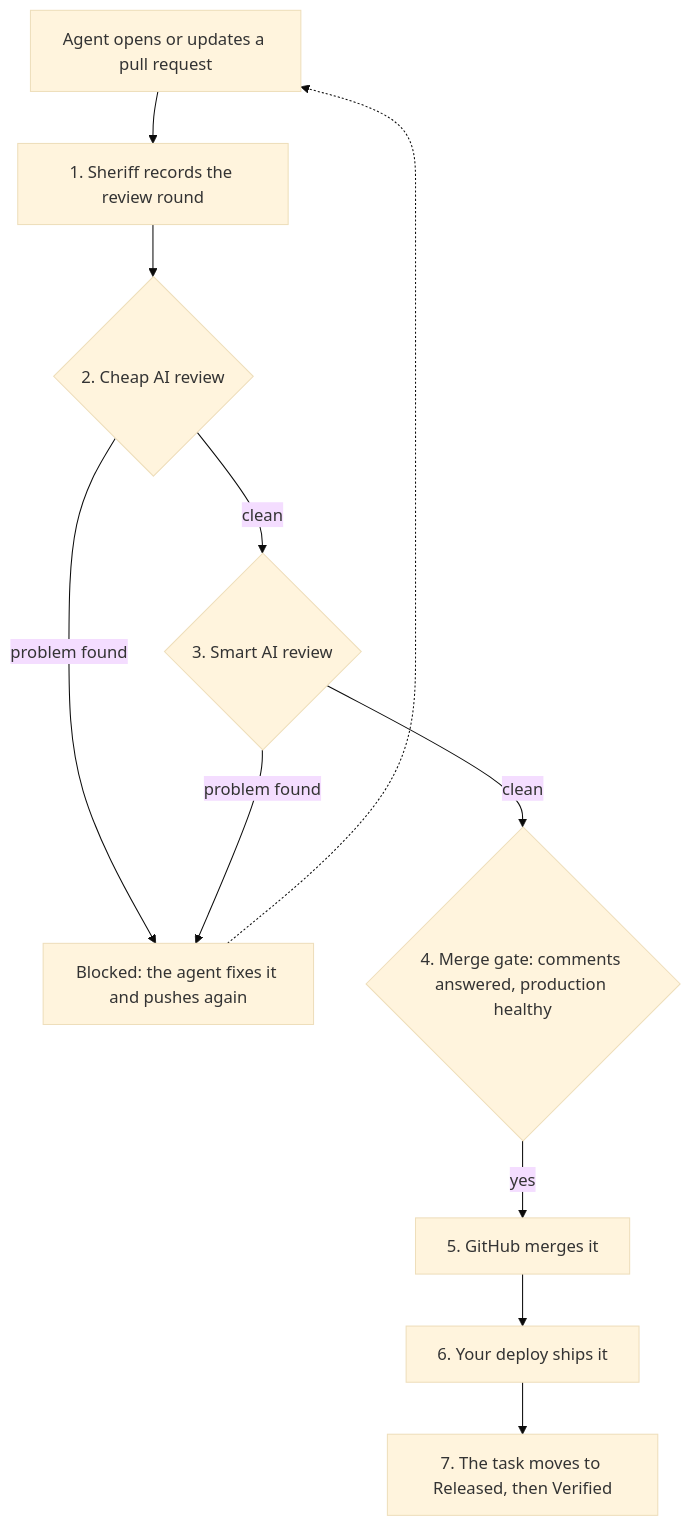
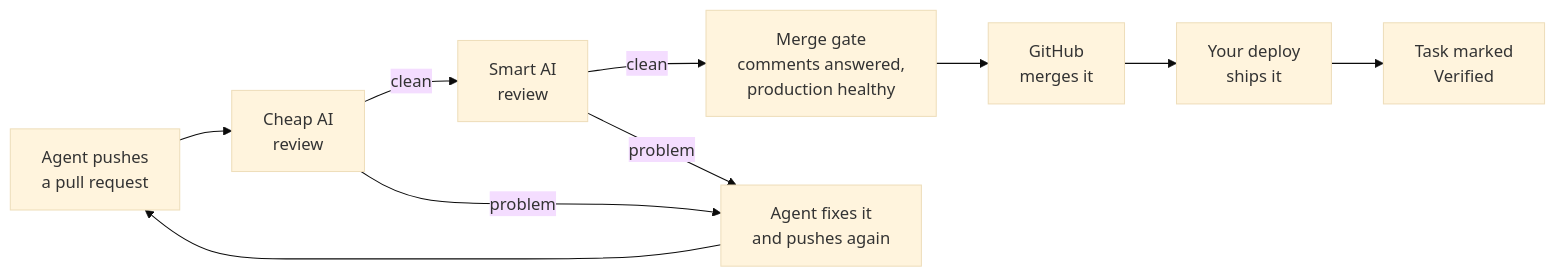
The diagram in README.md (nick-the-dev/gh-sheriff), drawn with Mermaid (base theme) before and after one commit.

Commit message:
docs: a compact left-to-right diagram

````diff
--- a/README.md
+++ b/README.md
@@ -58,13 +58,12 @@
 ```mermaid
-flowchart TD
-    A["Agent opens or updates a pull request"] --> B["1. Sheriff records the review round"]
-    B --> C{"2. Cheap AI review"}
-    C -->|problem found| X["Blocked: the agent fixes it and pushes again"]
-    C -->|clean| D{"3. Smart AI review"}
-    D -->|problem found| X
-    X -.-> A
-    D -->|clean| E{"4. Merge gate: comments answered, production healthy"}
-    E -->|yes| F["5. GitHub merges it"]
-    F --> G["6. Your deploy ships it"]
-    G --> H["7. The task moves to Released, then Verified"]
+flowchart LR
+    A["Agent pushes<br/>a pull request"] --> B["Cheap AI<br/>review"]
+    B -->|clean| C["Smart AI<br/>review"]
+    C -->|clean| D["Merge gate<br/>comments answered,<br/>production healthy"]
+    D --> E["GitHub<br/>merges it"]
+    E --> F["Your deploy<br/>ships it"]
+    F --> G["Task marked<br/>Verified"]
+    B -->|problem| X["Agent fixes it<br/>and pushes again"]
+    C -->|problem| X
+    X --> A
 ```
````
